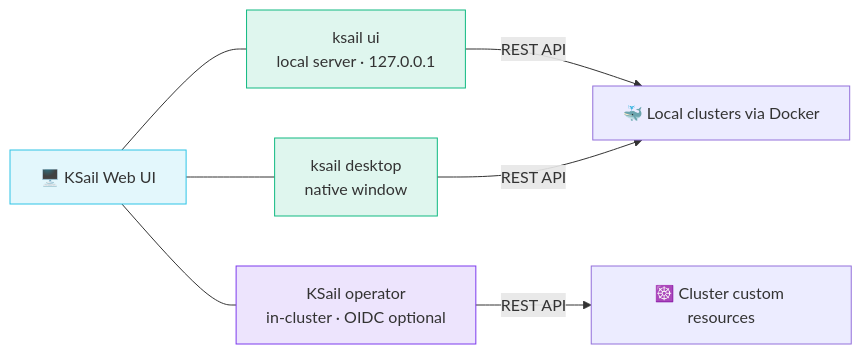
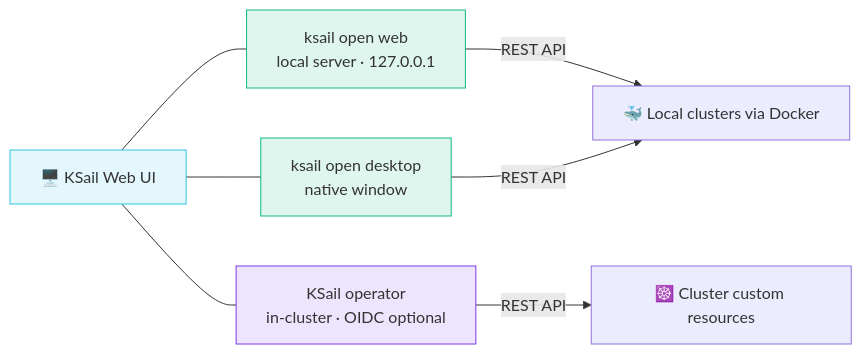
The diagram in docs/src/content/docs/features/web-ui.mdx (devantler-tech/ksail), drawn with Mermaid before and after one commit. The commit also changed other lines of this file and 85 other files, not shown here.

First line of the commit message:
feat: add `ksail open` command group for KSail's interfaces

````diff
--- a/docs/src/content/docs/features/web-ui.mdx
+++ b/docs/src/content/docs/features/web-ui.mdx
@@ -10,17 +10,17 @@
 ```mermaid
 flowchart LR
     UI["🖥️ KSail Web UI"]
 
-    UI --- Local["ksail ui<br/>local server · 127.0.0.1"]
-    UI --- Desktop["ksail desktop<br/>native window"]
+    UI --- Local["ksail open web<br/>local server · 127.0.0.1"]
+    UI --- Desktop["ksail open desktop<br/>native window"]
     UI --- Operator["KSail operator<br/>in-cluster · OIDC optional"]
 
     Local -->|"REST API"| Docker["🐳 Local clusters via Docker"]
     Desktop -->|"REST API"| Docker
     Operator -->|"REST API"| CRs["☸️ Cluster custom resources"]
 
     style UI fill:#2ec4e622,stroke:#2ec4e6
     style Local fill:#10b98122,stroke:#10b981
     style Desktop fill:#10b98122,stroke:#10b981
     style Operator fill:#7c3aed22,stroke:#7c3aed
 ```
````
